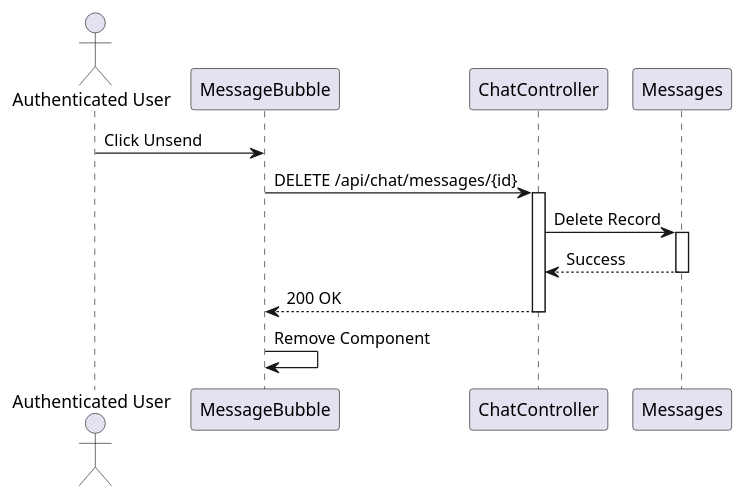
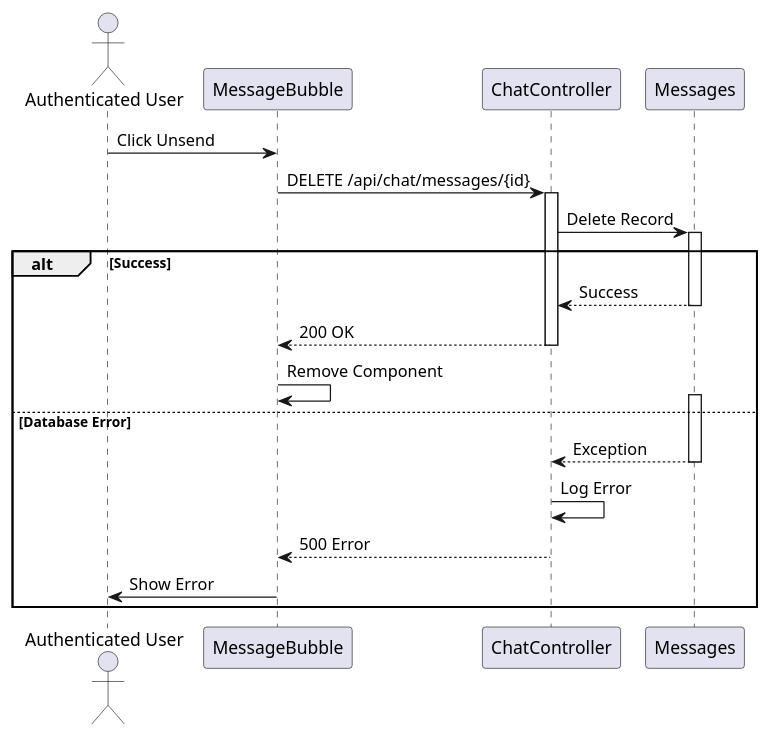
Before and after one commit to I-Love-U-3000/Favi-BE: the tenth of 16 diagrams in UC_2.1.7_Chat.md, drawn with PlantUML. The commit also changed other lines of this file and 4 other files, not shown here.

````diff
--- a/UC_2.1.7_Chat.md
+++ b/UC_2.1.7_Chat.md
@@ -402,19 +410,29 @@
 ```plantuml
 @startuml
 actor "Authenticated User" as User
 participant "MessageBubble" as View
 participant "ChatController" as Controller
 participant "Messages" as DB
 
 User -> View: Click Unsend
 View -> Controller: DELETE /api/chat/messages/{id}
 activate Controller
 Controller -> DB: Delete Record
 activate DB
-DB --> Controller: Success
-deactivate DB
-Controller --> View: 200 OK
-deactivate Controller
-View -> View: Remove Component
+alt Success
+    DB --> Controller: Success
+    deactivate DB
+    Controller --> View: 200 OK
+    deactivate Controller
+    View -> View: Remove Component
+else Database Error
+    activate DB
+    DB --> Controller: Exception
+    deactivate DB
+    Controller -> Controller: Log Error
+    Controller --> View: 500 Error
+    deactivate Controller
+    View -> User: Show Error
+end
 @enduml
 ```
````
